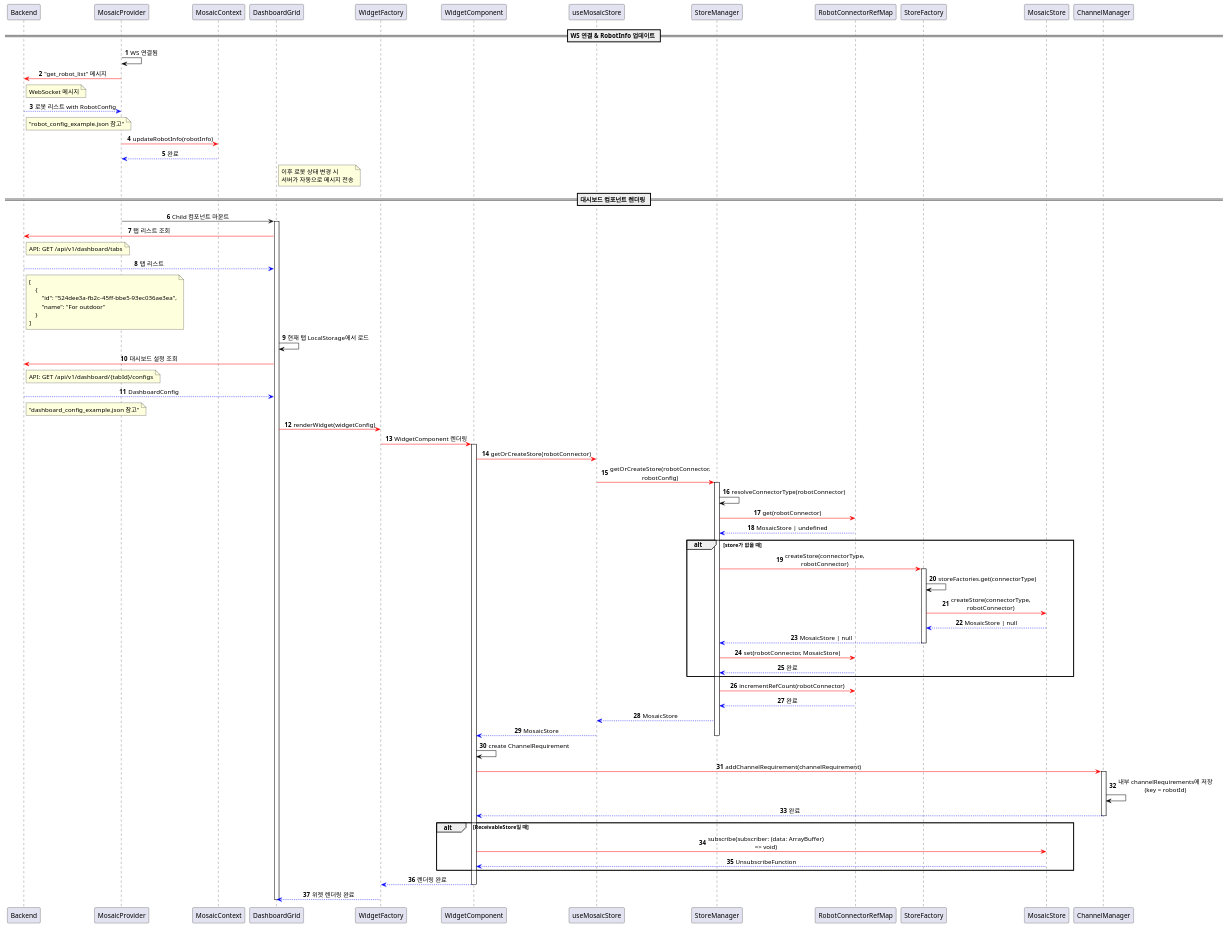
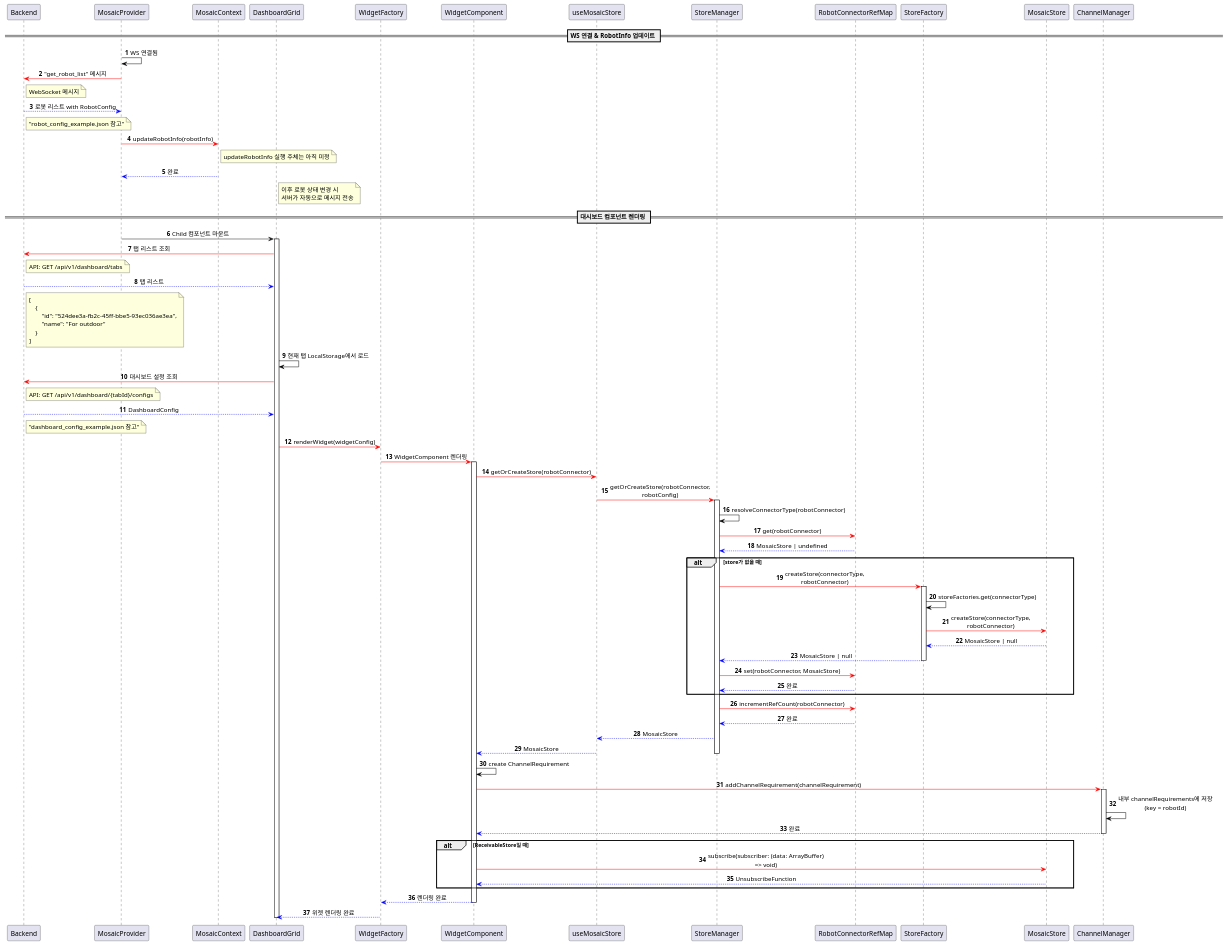
Before and after one commit to ACSL-MOSAIC/MOSAIC-Server: the diagram in diagram/sequence_dashboard_init_render.puml, drawn with PlantUML. The commit also changed 2 other files, not shown here.

Commit message:
modify: classDiagram(remove robotConnectionManager from Context) & init_render and robot_connection sequence

```diff
--- a/diagram/sequence_dashboard_init_render.puml
+++ b/diagram/sequence_dashboard_init_render.puml
@@ -1,119 +1,120 @@
 @startuml
 skinparam sequenceMessageAlign center
 skinparam maxMessageSize 250
 autonumber
 
 participant Backend
 participant MosaicProvider
 participant MosaicContext
 participant DashboardGrid
 participant WidgetFactory
 participant WidgetComponent
 participant useMosaicStore
 participant StoreManager
 participant RobotConnectorRefMap
 participant StoreFactory
 participant MosaicStore
 participant ChannelManager
 
 == WS 연결 & RobotInfo 업데이트 ==
 
 MosaicProvider -[#black]> MosaicProvider: WS 연결됨
 
 MosaicProvider -[#red]> Backend: "get_robot_list" 메시지
 note right of Backend: WebSocket 메시지
 
 Backend --[#blue]> MosaicProvider: 로봇 리스트 with RobotConfig
 note right of Backend: "robot_config_example.json 참고"
 
 MosaicProvider -[#red]> MosaicContext: updateRobotInfo(robotInfo)
+note right of MosaicContext: updateRobotInfo 실행 주체는 아직 미정
 MosaicContext --[#blue]> MosaicProvider: 완료
 
 note right of DashboardGrid: 이후 로봇 상태 변경 시\n서버가 자동으로 메시지 전송
 
 == 대시보드 컴포넌트 렌더링 ==
 MosaicProvider -> DashboardGrid: Child 컴포넌트 마운트
 activate DashboardGrid
 
 DashboardGrid -[#red]> Backend: 탭 리스트 조회
 note right of Backend: API: GET /api/v1/dashboard/tabs
 
 Backend --[#blue]> DashboardGrid: 탭 리스트
 note right of Backend
 [
     {
         "id": "524dee3a-fb2c-45ff-bbe5-93ec036ae3ea",
         "name": "For outdoor"
     }
 ]
 end note
 
 DashboardGrid -[#black]> DashboardGrid: 현재 탭 LocalStorage에서 로드
 
 DashboardGrid -[#red]> Backend: 대시보드 설정 조회
 note right of Backend: API: GET /api/v1/dashboard/{tabId}/configs
 
 Backend --[#blue]> DashboardGrid: DashboardConfig
 note right of Backend: "dashboard_config_example.json 참고"
 
 DashboardGrid -[#red]> WidgetFactory: renderWidget(widgetConfig)
 
 WidgetFactory -[#red]> WidgetComponent: WidgetComponent 렌더링
 activate WidgetComponent
 
 WidgetComponent -[#red]> useMosaicStore: getOrCreateStore(robotConnector)
 
 useMosaicStore -[#red]> StoreManager: getOrCreateStore(robotConnector, robotConfig)
 activate StoreManager
 
 StoreManager -[#black]> StoreManager: resolveConnectorType(robotConnector)
 
 StoreManager -[#red]> RobotConnectorRefMap: get(robotConnector)
 RobotConnectorRefMap --[#blue]> StoreManager: MosaicStore | undefined
 
 alt store가 없을 때
   StoreManager -[#red]> StoreFactory: createStore(connectorType, robotConnector)
   activate StoreFactory
   
   StoreFactory -[#black]> StoreFactory: storeFactories.get(connectorType)
   
   StoreFactory -[#red]> MosaicStore: createStore(connectorType, robotConnector)
   MosaicStore --[#blue]> StoreFactory: MosaicStore | null
 
   StoreFactory --[#blue]> StoreManager: MosaicStore | null
   deactivate StoreFactory
   
   StoreManager -[#red]> RobotConnectorRefMap: set(robotConnector, MosaicStore)
   RobotConnectorRefMap --[#blue]> StoreManager: 완료
 end
 
 StoreManager -[#red]> RobotConnectorRefMap: incrementRefCount(robotConnector)
 RobotConnectorRefMap --[#blue]> StoreManager: 완료
 
 StoreManager --[#blue]> useMosaicStore: MosaicStore
 useMosaicStore --[#blue]> WidgetComponent: MosaicStore
 deactivate StoreManager
 
 WidgetComponent -[#black]> WidgetComponent: create ChannelRequirement
 
 WidgetComponent -[#red]> ChannelManager: addChannelRequirement(channelRequirement)
 activate ChannelManager
 
 ChannelManager -[#black]> ChannelManager: 내부 channelRequirements에 저장\n(key = robotId)
 
 ChannelManager --[#blue]> WidgetComponent: 완료
 deactivate ChannelManager
 
 alt ReceivableStore일 때
   WidgetComponent -[#red]> MosaicStore: subscribe(subscriber: (data: ArrayBuffer) => void)
   MosaicStore --[#blue]> WidgetComponent: UnsubscribeFunction
 end
 
 WidgetComponent --[#blue]> WidgetFactory: 렌더링 완료
 deactivate WidgetComponent
 
 WidgetFactory --[#blue]> DashboardGrid: 위젯 렌더링 완료
 deactivate WidgetFactory
 
 deactivate DashboardGrid
 @enduml
```
